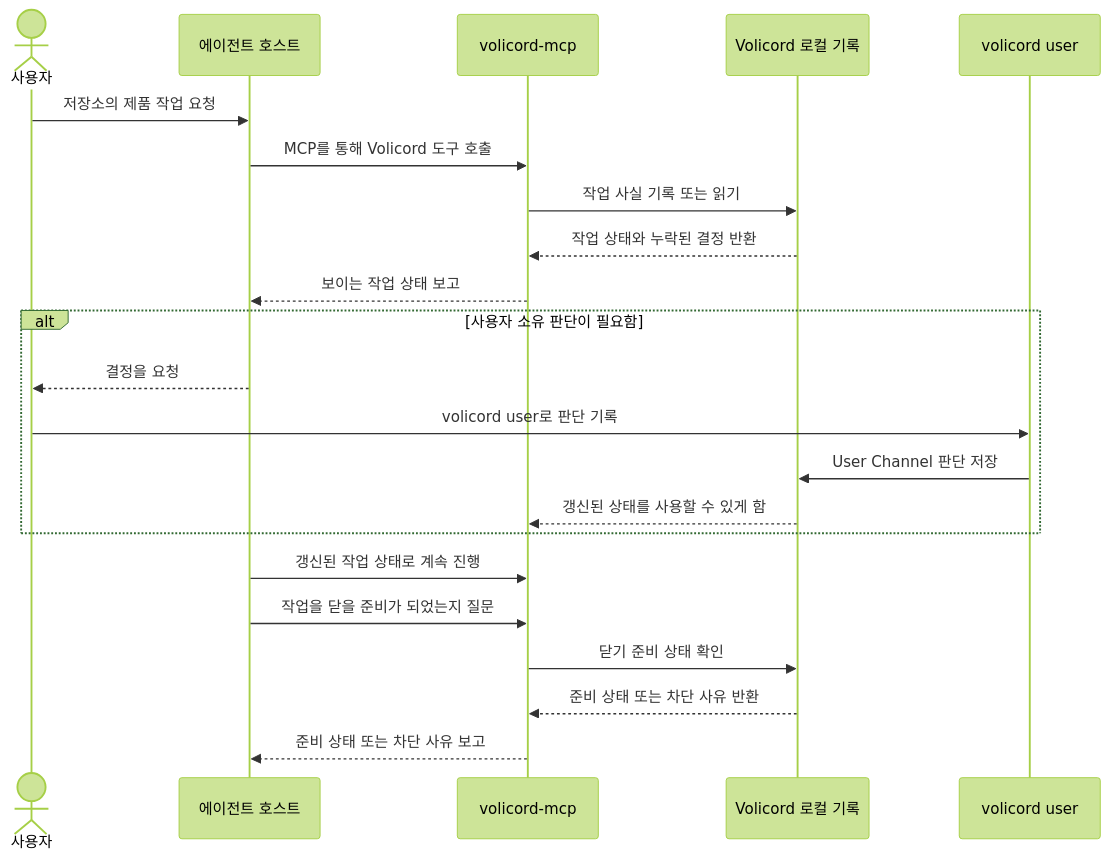
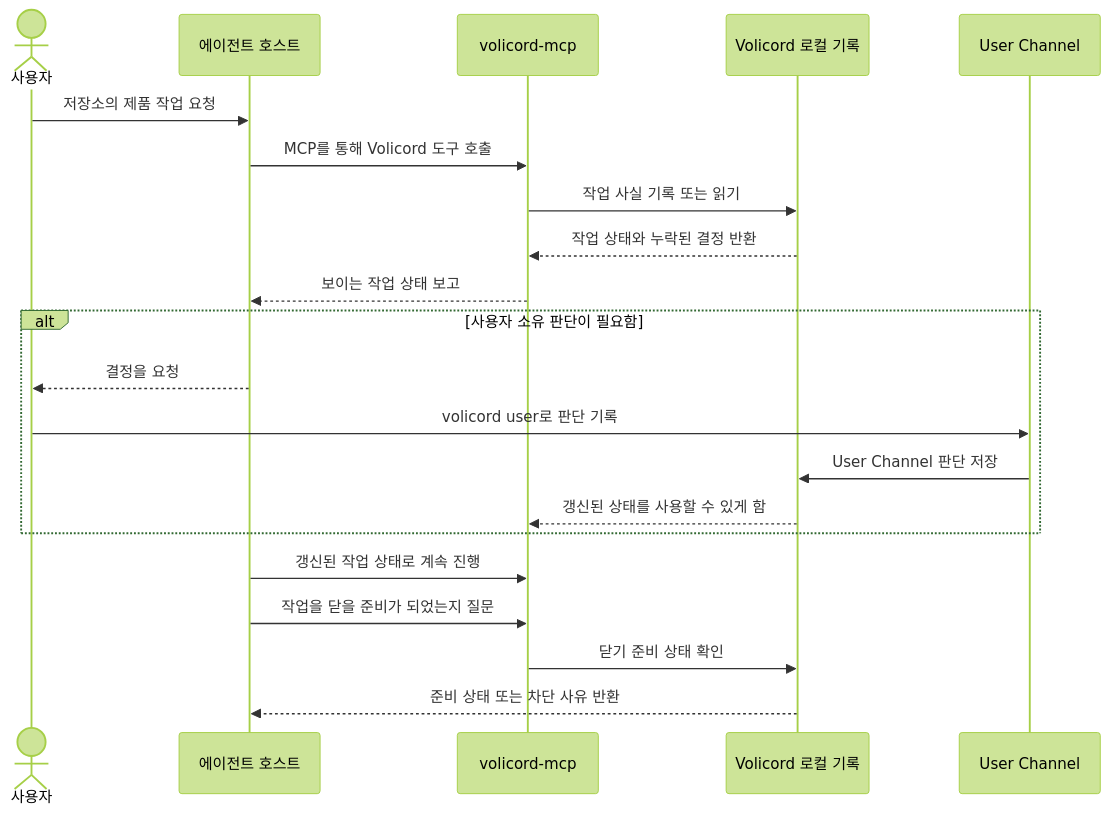
One commit to minjungw00/Volicord changed the first of 2 diagrams in README.ko.md. Above: the diagram before and after it, drawn with Mermaid (forest theme). The commit also changed other lines of this file and 11 other files, not shown here.

Commit message:
docs: naturalize diagram captions

````diff
--- a/README.ko.md
+++ b/README.ko.md
@@ -116,25 +116,24 @@
 ```mermaid
 sequenceDiagram
   actor You as 사용자
   participant Host as 에이전트 호스트
   participant MCP as volicord-mcp
   participant Records as Volicord 로컬 기록
-  participant UserCLI as volicord user
+  participant UserCLI as User Channel
 
   You->>Host: 저장소의 제품 작업 요청
   Host->>MCP: MCP를 통해 Volicord 도구 호출
   MCP->>Records: 작업 사실 기록 또는 읽기
   Records-->>MCP: 작업 상태와 누락된 결정 반환
   MCP-->>Host: 보이는 작업 상태 보고
   alt 사용자 소유 판단이 필요함
     Host-->>You: 결정을 요청
     You->>UserCLI: volicord user로 판단 기록
     UserCLI->>Records: User Channel 판단 저장
     Records-->>MCP: 갱신된 상태를 사용할 수 있게 함
   end
   Host->>MCP: 갱신된 작업 상태로 계속 진행
   Host->>MCP: 작업을 닫을 준비가 되었는지 질문
   MCP->>Records: 닫기 준비 상태 확인
-  Records-->>MCP: 준비 상태 또는 차단 사유 반환
-  MCP-->>Host: 준비 상태 또는 차단 사유 보고
+  Records-->>Host: 준비 상태 또는 차단 사유 반환
 ```
````
